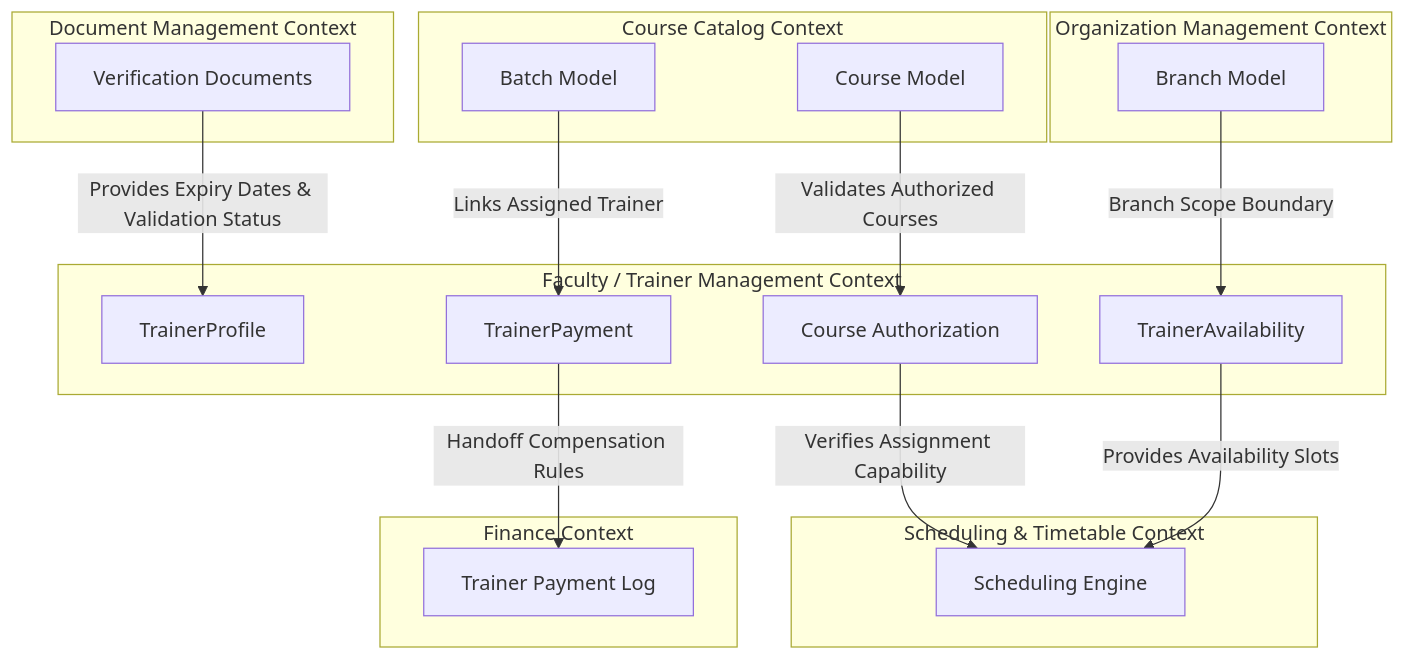
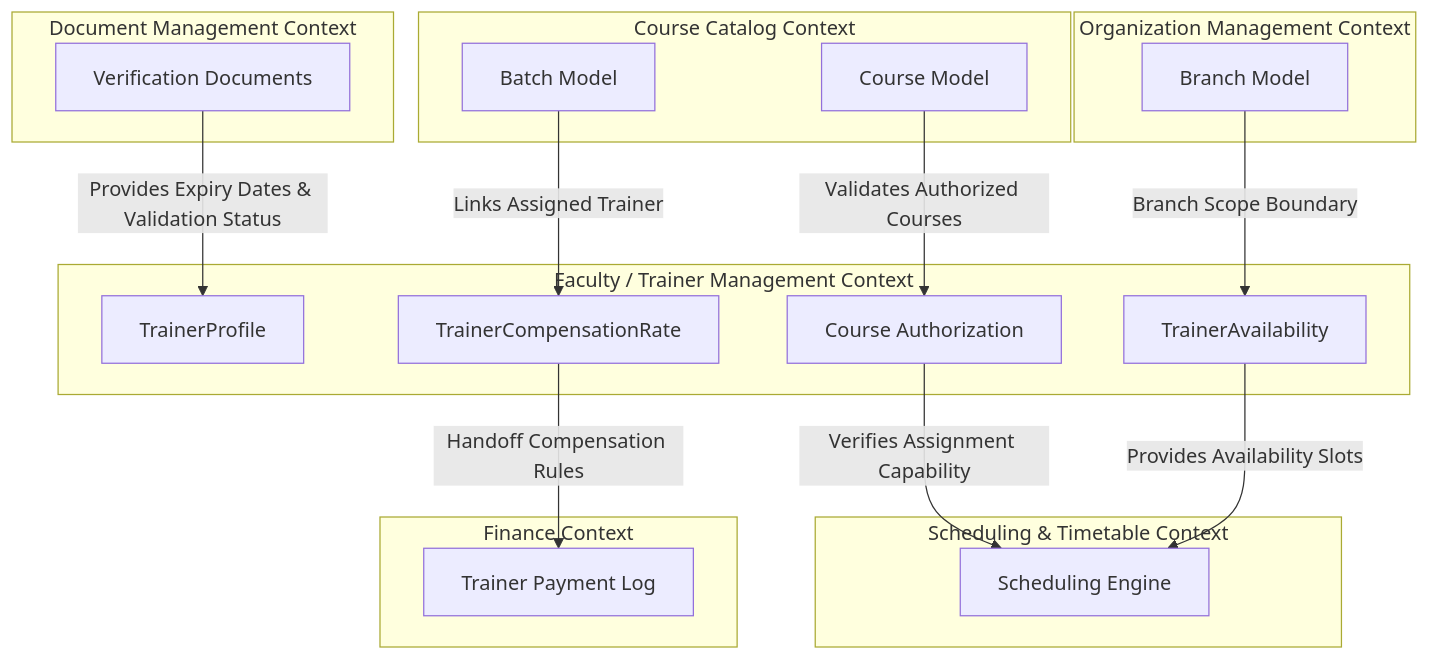
One commit to needuvazh/ims-v2 changed the diagram in docs/architecture/frd/Module 10: Faculty / Trainer Management/Part 1 – Business Overview, Functional Requirements, Business Rules.md. Above: the diagram before and after it, drawn with Mermaid. The commit also changed other lines of this file and 128 other files, not shown here.

````diff
--- a/docs/architecture/frd/Module 10: Faculty / Trainer Management/Part 1 – Business Overview, Functional Requirements, Business Rules.md
+++ b/docs/architecture/frd/Module 10: Faculty / Trainer Management/Part 1 – Business Overview, Functional Requirements, Business Rules.md
@@ -180,40 +184,40 @@
 ```mermaid
 graph TD
     %% Define Contexts
     subgraph TRN [Faculty / Trainer Management Context]
         TP[TrainerProfile]
         TA[TrainerAvailability]
         TCA[Course Authorization]
-        TPAY[TrainerPayment]
+        TPAY[TrainerCompensationRate]
     end
 
     subgraph ORG [Organization Management Context]
         BR[Branch Model]
     end
 
     subgraph CAT [Course Catalog Context]
         CO[Course Model]
         BT[Batch Model]
     end
 
     subgraph SCH [Scheduling & Timetable Context]
         SE[Scheduling Engine]
     end
 
     subgraph DOC [Document Management Context]
         VD[Verification Documents]
     end
 
     subgraph FIN [Finance Context]
         PINV[Trainer Payment Log]
     end
 
     %% Define Dependencies
     BR -->|Branch Scope Boundary| TA
     CO -->|Validates Authorized Courses| TCA
     VD -->|Provides Expiry Dates & Validation Status| TP
     TA -->|Provides Availability Slots| SE
     TCA -->|Verifies Assignment Capability| SE
     BT -->|Links Assigned Trainer| TPAY
     TPAY -->|Handoff Compensation Rules| PINV
 ```
````
